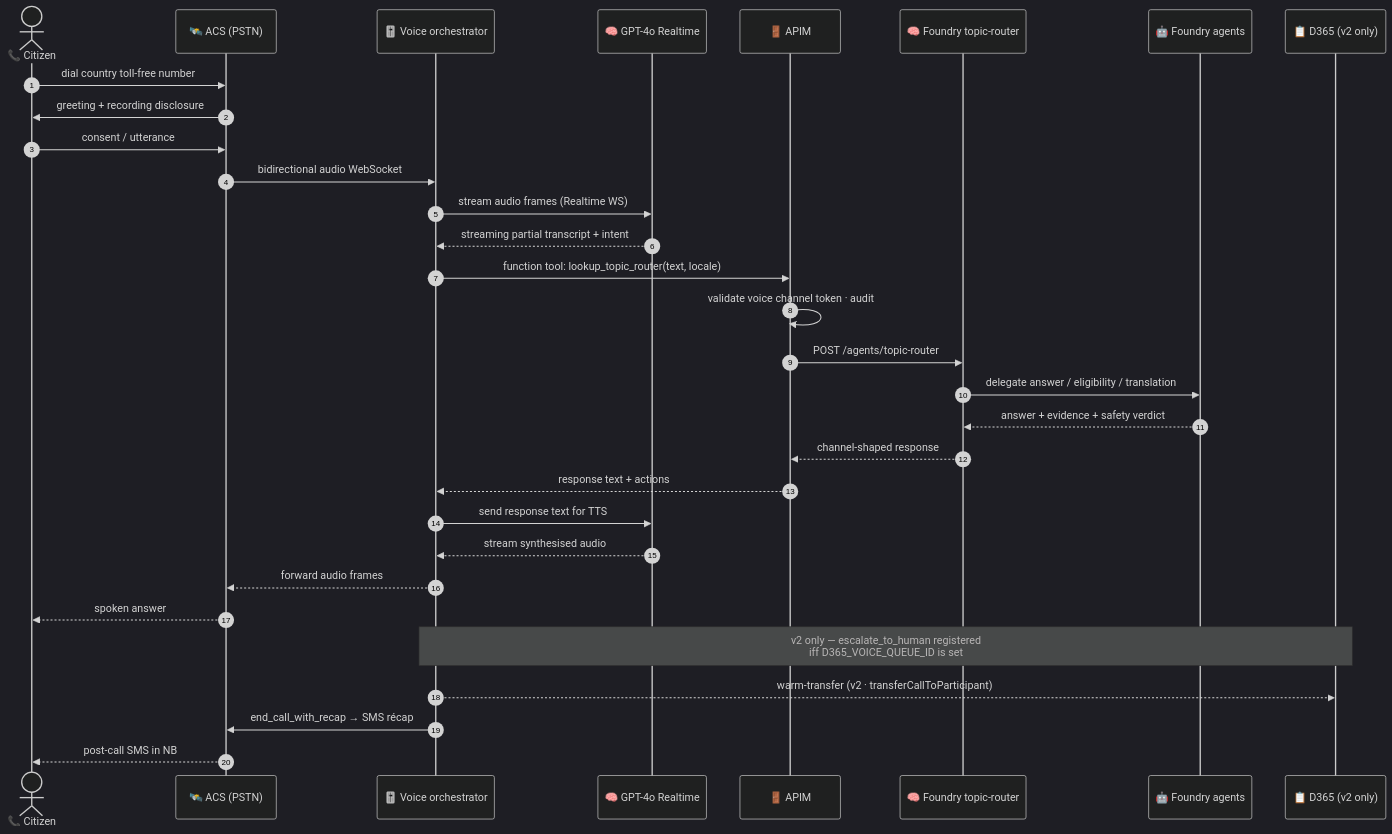
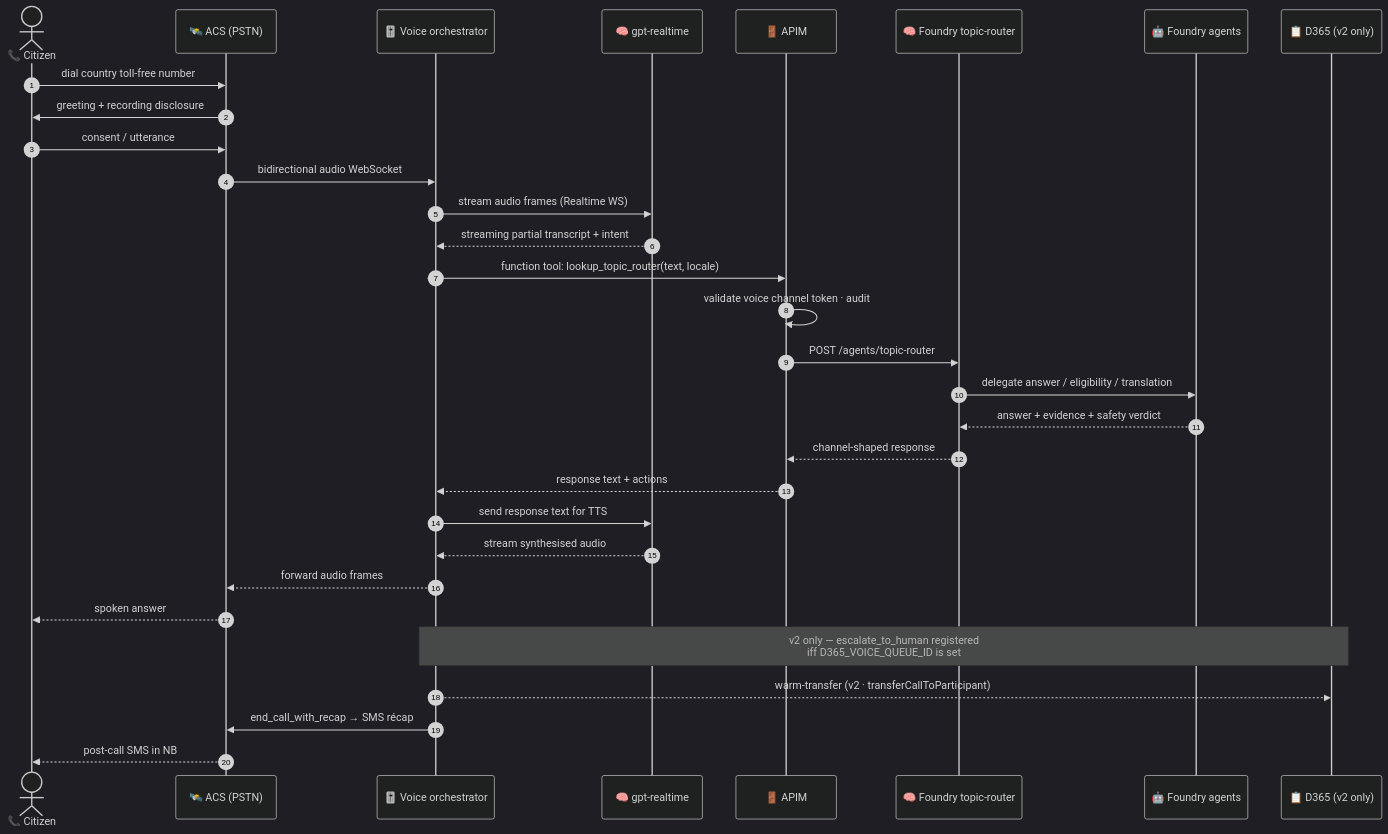
Before and after one commit to fredgis/UDCSP: the second of 6 diagrams in docs/biz/voice.md, drawn with Mermaid (dark theme). The commit also changed other lines of this file and 9 other files, not shown here.

First line of the commit message:
docs: standardise on 'gpt-realtime' (drop 'GPT-4o Realtime' branding)

````diff
--- a/docs/biz/voice.md
+++ b/docs/biz/voice.md
@@ -98,33 +98,33 @@
 ```mermaid
 sequenceDiagram
     autonumber
     actor C as 📞 Citizen
     participant ACS as 🛰️ ACS (PSTN)
     participant ORCH as 🎚️ Voice orchestrator
-    participant GPTRT as 🧠 GPT-4o Realtime
+    participant GPTRT as 🧠 gpt-realtime
     participant API as 🚪 APIM
     participant R as 🧠 Foundry topic-router
     participant F as 🤖 Foundry agents
     participant D as 📋 D365 (v2 only)
     C->>ACS: dial country toll-free number
     ACS->>C: greeting + recording disclosure
     C->>ACS: consent / utterance
     ACS->>ORCH: bidirectional audio WebSocket
     ORCH->>GPTRT: stream audio frames (Realtime WS)
     GPTRT-->>ORCH: streaming partial transcript + intent
     ORCH->>API: function tool: lookup_topic_router(text, locale)
     API->>API: validate voice channel token · audit
     API->>R: POST /agents/topic-router
     R->>F: delegate answer / eligibility / translation
     F-->>R: answer + evidence + safety verdict
     R-->>API: channel-shaped response
     API-->>ORCH: response text + actions
     ORCH->>GPTRT: send response text for TTS
     GPTRT-->>ORCH: stream synthesised audio
     ORCH-->>ACS: forward audio frames
     ACS-->>C: spoken answer
     Note over ORCH,D: v2 only — escalate_to_human registered<br/>iff D365_VOICE_QUEUE_ID is set
     ORCH-->>D: warm-transfer (v2 · transferCallToParticipant)
     ORCH->>ACS: end_call_with_recap → SMS récap
     ACS-->>C: post-call SMS in NB
 ```
````
